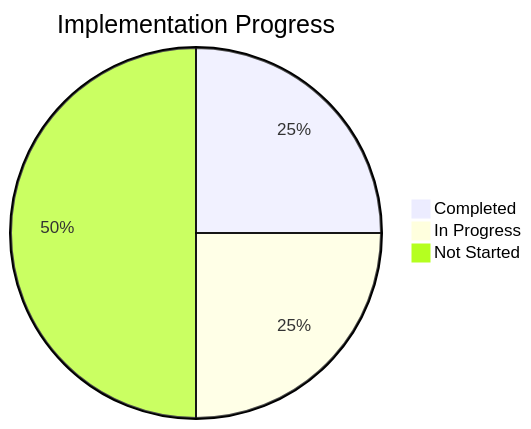
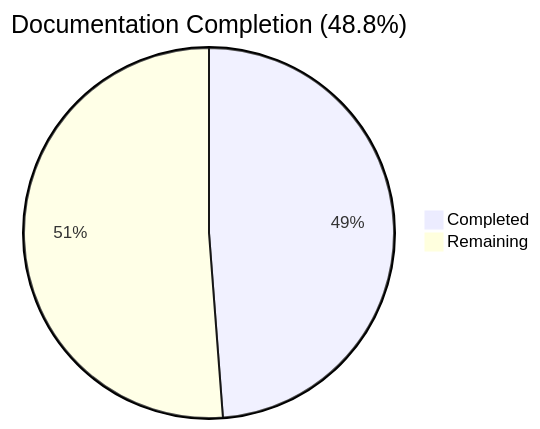
One commit to PowerBridge-ai/bad-dao-ui changed the second of 3 diagrams in DEV/BAD_DAO_UI/task-log.md. Above: the diagram before and after it, drawn with Mermaid. The commit also changed other lines of this file and 96 other files, not shown here.

````diff
--- a/DEV/BAD_DAO_UI/task-log.md
+++ b/DEV/BAD_DAO_UI/task-log.md
@@ -83,6 +128,5 @@
 ```mermaid
-pie title Implementation Progress
-    "Completed" : 25
-    "In Progress" : 25
-    "Not Started" : 50
+pie title Documentation Completion (48.8%)
+    "Completed" : 48.8
+    "Remaining" : 51.2
 ```
````
